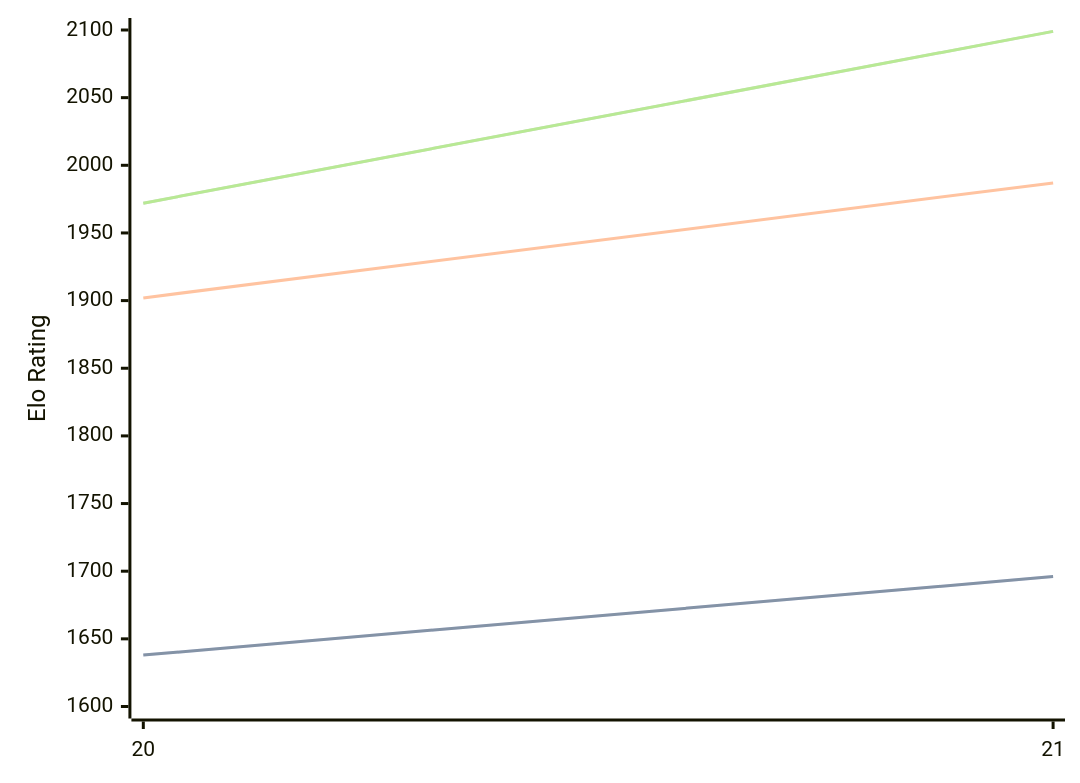
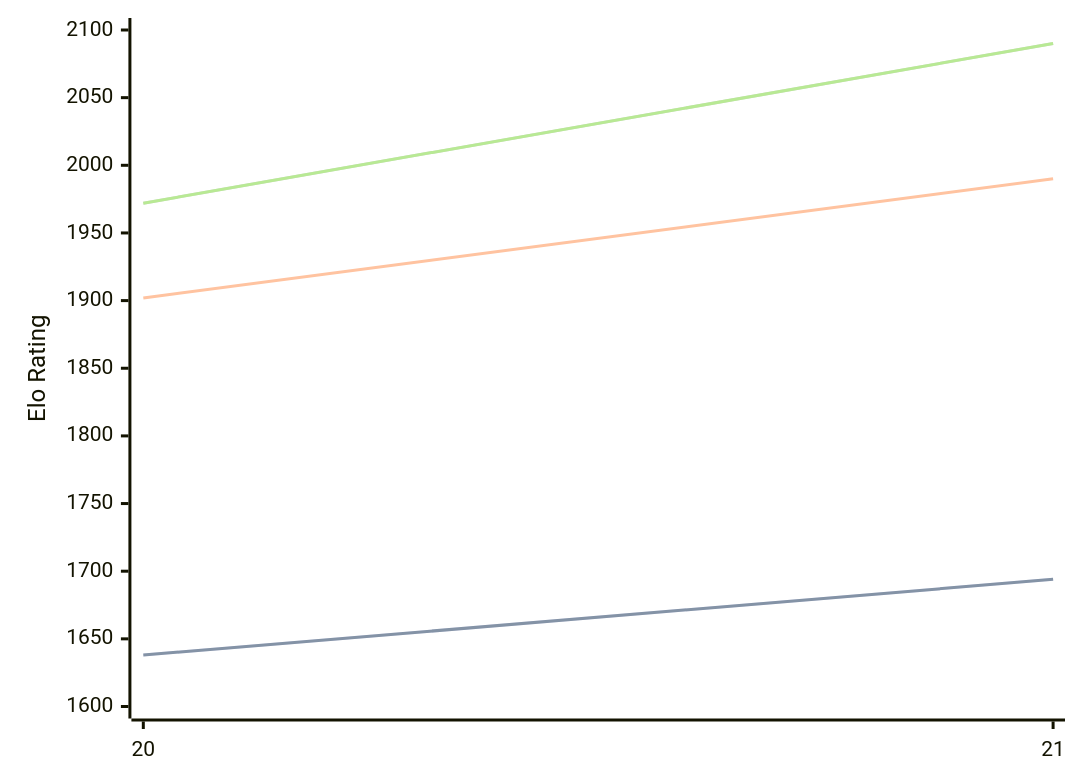
Before and after one commit to computer-chess-index/cci: the diagram in engines/PurplePanda.md, drawn with Mermaid. The commit also changed other lines of this file, not shown here.

Commit message:
Update CCI Ratings (ELO VLTC) - 2026-08-02

````diff
--- a/engines/PurplePanda.md
+++ b/engines/PurplePanda.md
@@ -40,11 +40,11 @@
 ```mermaid
 %%{init: {"theme":"base","themeVariables":{"seriesColors:['#a3a3a3','#222221','#faa371']}}}%%
 xychart-beta
   x-axis ["20", "21"]
   y-axis "Elo Rating" 1600 --> 2100
-  line "STC (8.0+0.08s)" [1638, 1696]
-  line "STC (8.0+0.08s)" [1638, 1696]
-  line "LTC (60.0+0.60s)" [1902, 1987]
-  line "VLTC (2m24s+1.12s)" [1972, 2099]
-  line "VLTC (2m24s+1.12s)" [1972, 2099]
+  line "STC (8.0+0.08s)" [1638, 1694]
+  line "STC (8.0+0.08s)" [1638, 1694]
+  line "LTC (60.0+0.60s)" [1902, 1990]
+  line "VLTC (2m24s+1.12s)" [1972, 2090]
+  line "VLTC (2m24s+1.12s)" [1972, 2090]
 ```
````
